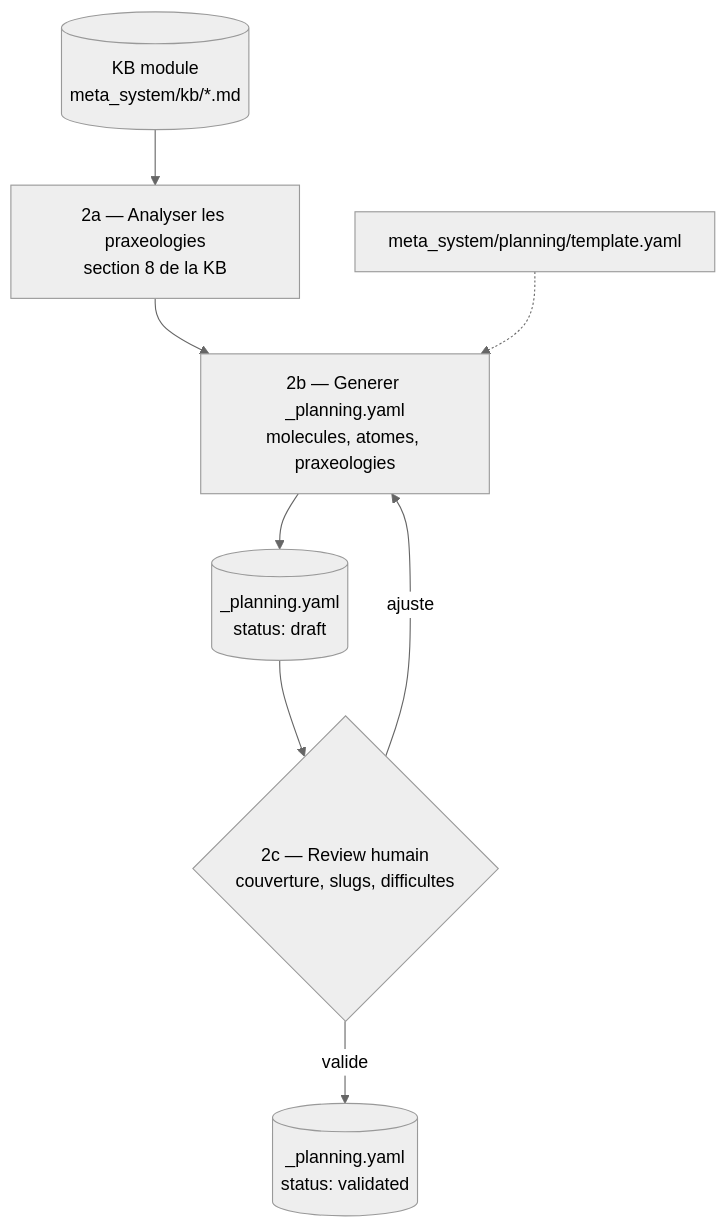
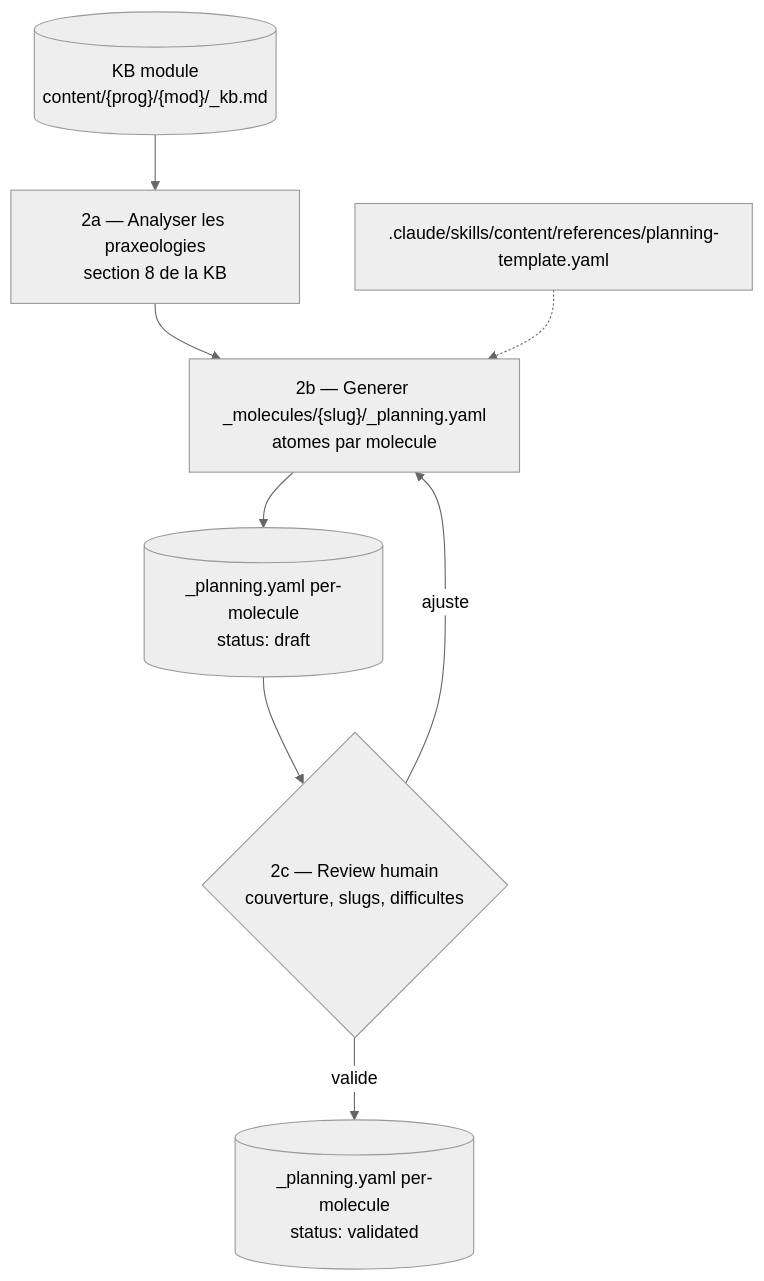
One commit to bilalYezzaGit/learning-web changed the fourth of 7 diagrams in docs/content-agentic-workflow.md. Above: the diagram before and after it, drawn with Mermaid (neutral theme). The commit also changed other lines of this file and 47 other files, not shown here.

````diff
--- a/docs/content-agentic-workflow.md
+++ b/docs/content-agentic-workflow.md
@@ -136,10 +136,10 @@
 ```mermaid
 flowchart TD
-    KB[("KB module\nmeta_system/kb/*.md")] --> Analyse["2a — Analyser les praxeologies\nsection 8 de la KB"]
-    Analyse --> Gen["2b — Generer _planning.yaml\nmolecules, atomes, praxeologies"]
-    TPL["meta_system/planning/template.yaml"] -.-> Gen
-    Gen --> PlanD[("_planning.yaml\nstatus: draft")]
+    KB[("KB module\ncontent/{prog}/{mod}/_kb.md")] --> Analyse["2a — Analyser les praxeologies\nsection 8 de la KB"]
+    Analyse --> Gen["2b — Generer _molecules/{slug}/_planning.yaml\natomes par molecule"]
+    TPL[".claude/skills/content/references/planning-template.yaml"] -.-> Gen
+    Gen --> PlanD[("_planning.yaml per-molecule\nstatus: draft")]
     PlanD --> Review{"2c — Review humain\ncouverture, slugs, difficultes"}
     Review -->|"ajuste"| Gen
-    Review -->|"valide"| PlanV[("_planning.yaml\nstatus: validated")]
+    Review -->|"valide"| PlanV[("_planning.yaml per-molecule\nstatus: validated")]
 ```
````
